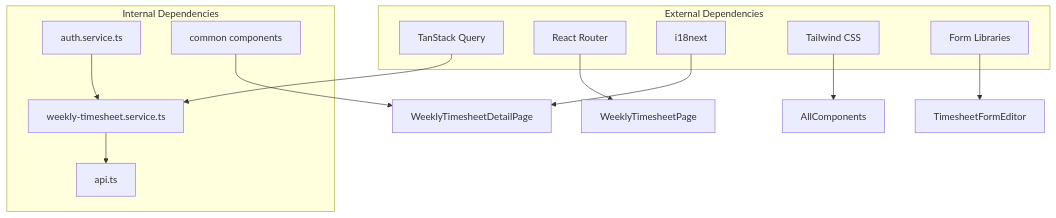
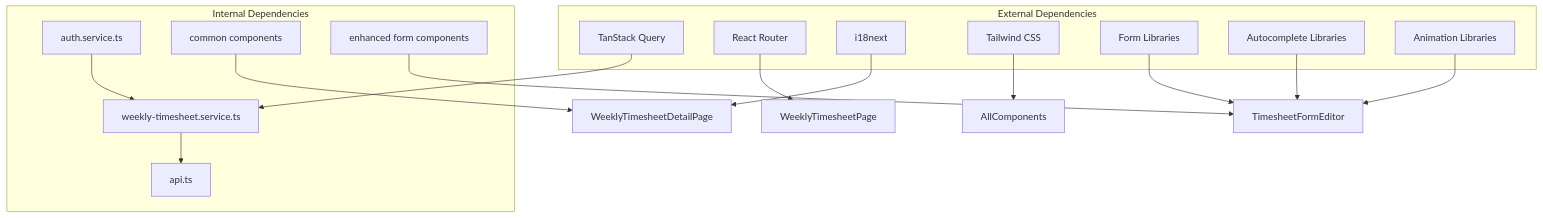
Before and after one commit to RobertRuas/windlog: the sixth of 6 diagrams in .qoder/repowiki/en/content/Arquitetura Frontend/Timesheet Semanal - Interface Frontend.md, drawn with Mermaid. The commit also changed other lines of this file and 13 other files, not shown here.

````diff
--- a/.qoder/repowiki/en/content/Arquitetura Frontend/Timesheet Semanal - Interface Frontend.md
+++ b/.qoder/repowiki/en/content/Arquitetura Frontend/Timesheet Semanal - Interface Frontend.md
@@ -237,24 +277,30 @@
 ```mermaid
 graph TB
 subgraph "External Dependencies"
 A[TanStack Query]
 B[React Router]
 C[i18next]
 D[Tailwind CSS]
 E[Form Libraries]
+F[Autocomplete Libraries]
+G[Animation Libraries]
 end
 subgraph "Internal Dependencies"
-F[weekly-timesheet.service.ts]
-G[auth.service.ts]
-H[api.ts]
-I[common components]
+H[weekly-timesheet.service.ts]
+I[auth.service.ts]
+J[api.ts]
+K[common components]
+L[enhanced form components]
 end
-A --> F
+A --> H
 B --> WeeklyTimesheetPage
 C --> WeeklyTimesheetDetailPage
 D --> AllComponents
 E --> TimesheetFormEditor
-F --> H
-G --> F
-I --> WeeklyTimesheetDetailPage
+F --> TimesheetFormEditor
+G --> TimesheetFormEditor
+H --> J
+I --> H
+K --> WeeklyTimesheetDetailPage
+L --> TimesheetFormEditor
 ```
````
